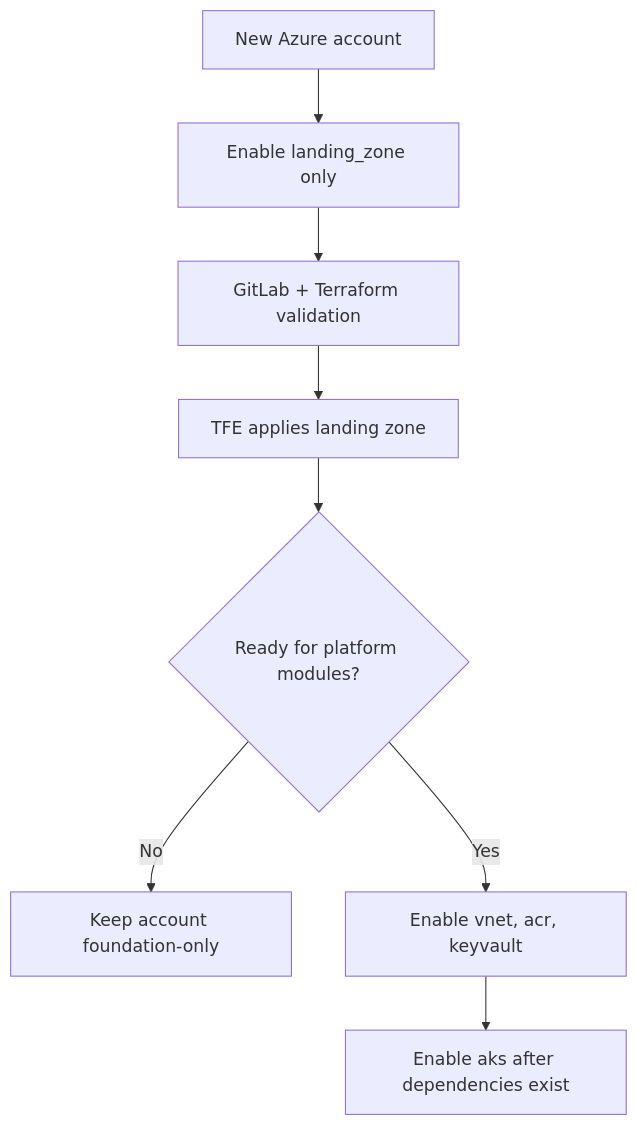
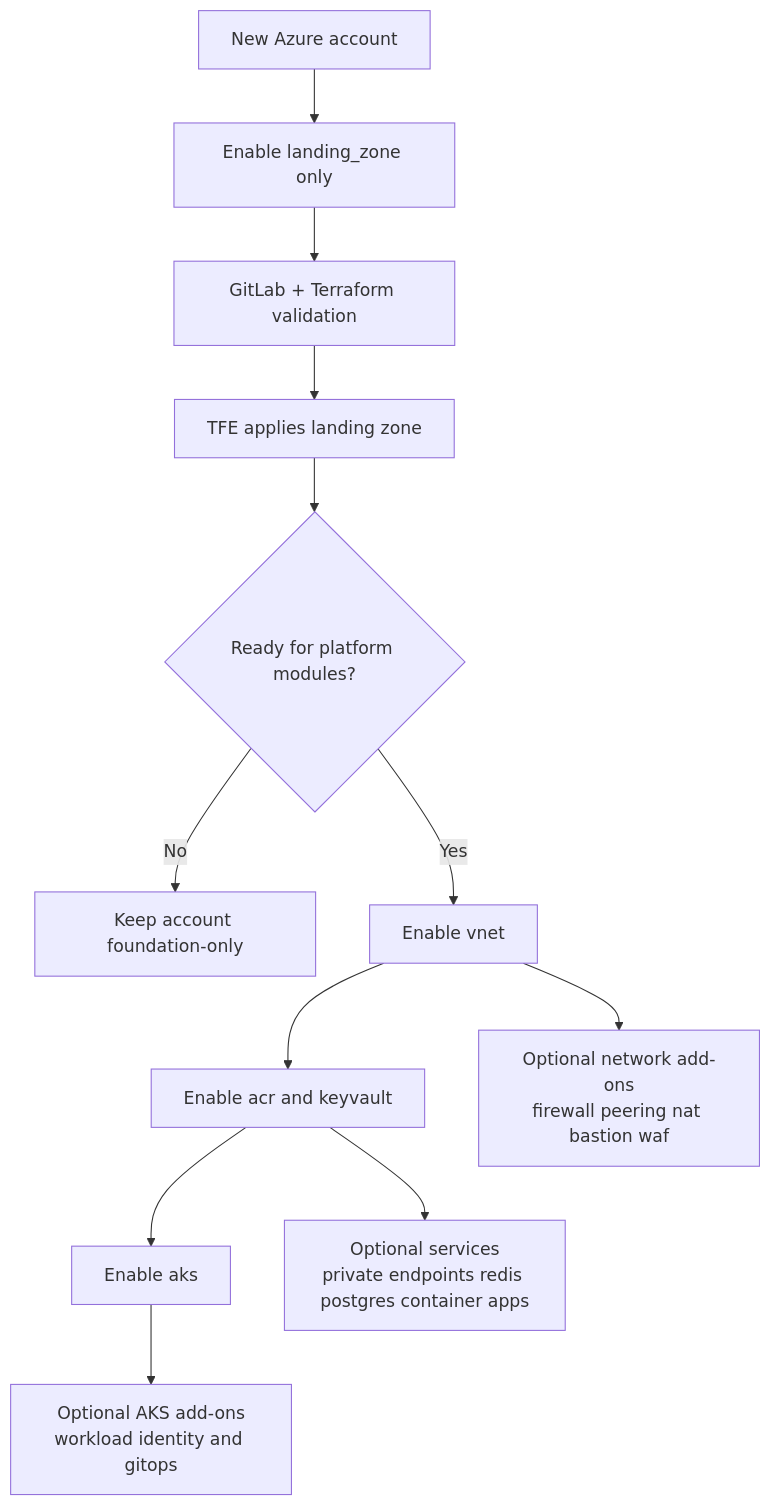
The fourth of 7 diagrams in ARCHITECTURE.md (SagarDevExpo/terraform-infra), drawn with Mermaid before and after one commit. The commit also changed other lines of this file and 1 other file, not shown here.

Commit message:
Add architecture mermaid diagrams

````diff
--- a/ARCHITECTURE.md
+++ b/ARCHITECTURE.md
@@ -106,10 +188,14 @@
 ```mermaid
 flowchart TD
   Start[New Azure account] --> LZOnly[Enable landing_zone only]
   LZOnly --> Validate[GitLab + Terraform validation]
   Validate --> TFE[TFE applies landing zone]
   TFE --> PlatformReady{Ready for platform modules?}
   PlatformReady -- No --> Stop[Keep account foundation-only]
-  PlatformReady -- Yes --> EnablePlatform[Enable vnet, acr, keyvault]
-  EnablePlatform --> EnableAKS[Enable aks after dependencies exist]
+  PlatformReady -- Yes --> EnableNetwork[Enable vnet]
+  EnableNetwork --> EnableCore[Enable acr and keyvault]
+  EnableCore --> EnableAKS[Enable aks]
+  EnableNetwork --> EnableNetAddons[Optional network add-ons<br/>firewall peering nat bastion waf]
+  EnableAKS --> EnableAKSAddons[Optional AKS add-ons<br/>workload identity and gitops]
+  EnableCore --> EnableServices[Optional services<br/>private endpoints redis postgres container apps]
 ```
````
